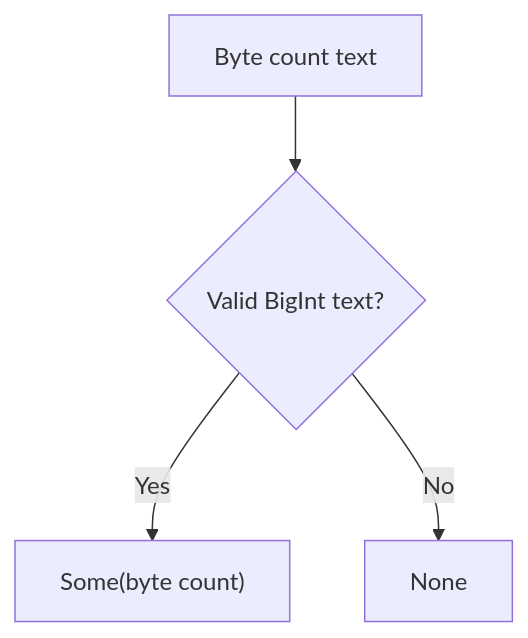
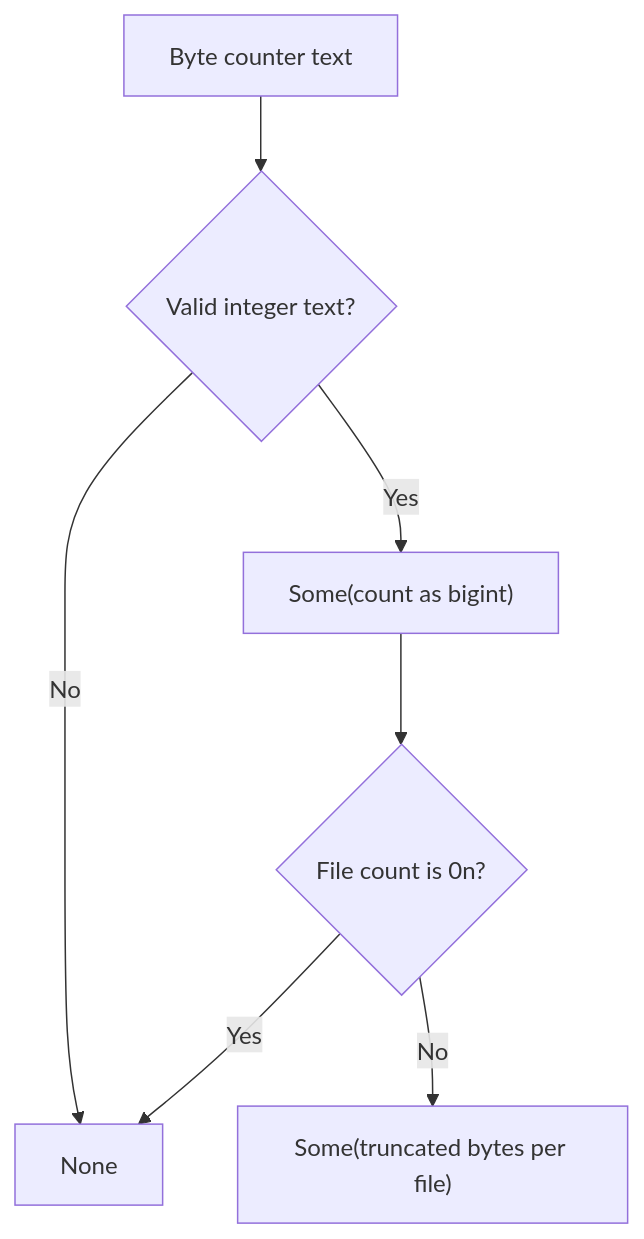
One commit to pplnd/core changed the diagram in docs/src/content/docs/guides/bignum.md. Above: the diagram before and after it, drawn with Mermaid. The commit also changed other lines of this file and 63 other files, not shown here.

````diff
--- a/docs/src/content/docs/guides/bignum.md
+++ b/docs/src/content/docs/guides/bignum.md
@@ -27,6 +39,9 @@
 ```mermaid
 flowchart TD
-  Text["Byte count text"] --> Parse{"Valid BigInt text?"}
-  Parse -->|Yes| Value["Some(byte count)"]
+  Text["Byte counter text"] --> Parse{"Valid integer text?"}
   Parse -->|No| Missing["None"]
+  Parse -->|Yes| Count["Some(count as bigint)"]
+  Count --> Divisor{"File count is 0n?"}
+  Divisor -->|Yes| Missing
+  Divisor -->|No| Quotient["Some(truncated bytes per file)"]
 ```
````
